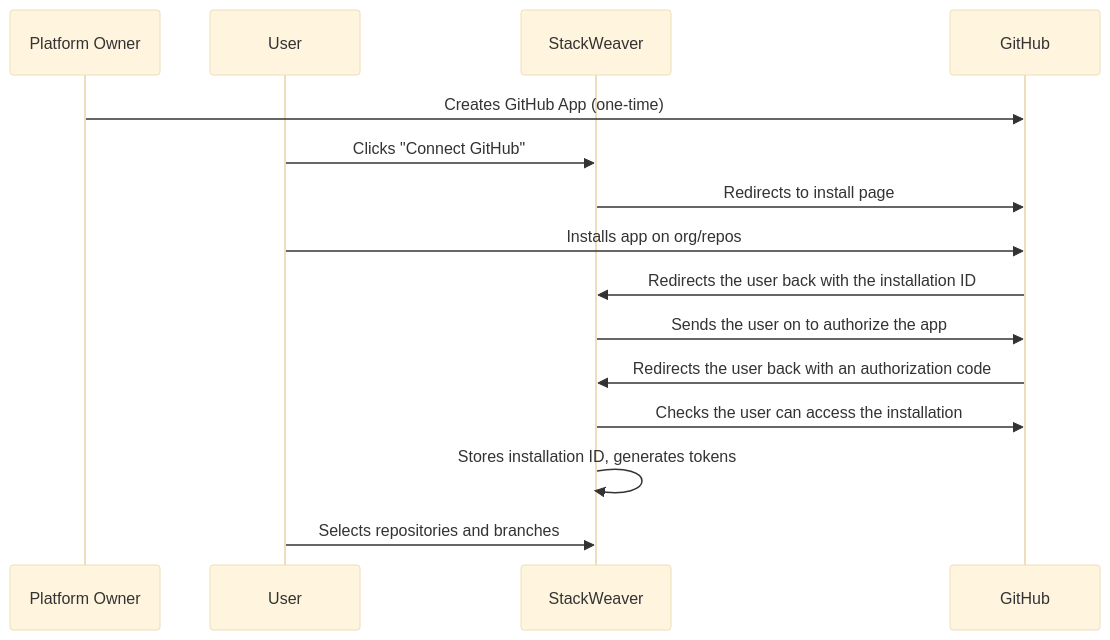
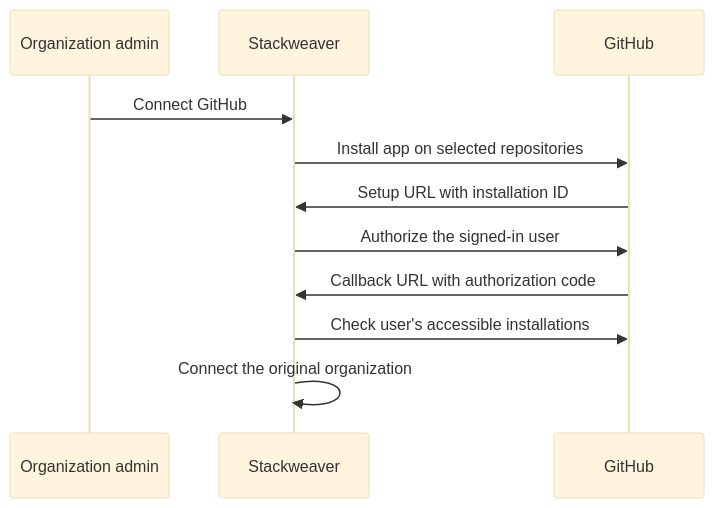
The diagram in docs/user-guides/vcs/github-app.md (vhco-pro/stackweaver-frontend), drawn with Mermaid (base theme) before and after one commit. The commit also changed other lines of this file and 168 other files, not shown here.

````diff
--- a/docs/user-guides/vcs/github-app.md
+++ b/docs/user-guides/vcs/github-app.md
@@ -17,18 +233,13 @@
 ```mermaid
 sequenceDiagram
-    participant Owner as Platform Owner
-    participant User
-    participant SW as StackWeaver
+    participant Admin as Organization admin
+    participant SW as Stackweaver
     participant GH as GitHub
-
-    Owner->>GH: Creates GitHub App (one-time)
-    User->>SW: Clicks "Connect GitHub"
-    SW->>GH: Redirects to install page
-    User->>GH: Installs app on org/repos
-    GH->>SW: Redirects the user back with the installation ID
-    SW->>GH: Sends the user on to authorize the app
-    GH->>SW: Redirects the user back with an authorization code
-    SW->>GH: Checks the user can access the installation
-    SW->>SW: Stores installation ID, generates tokens
-    User->>SW: Selects repositories and branches
+    Admin->>SW: Connect GitHub
+    SW->>GH: Install app on selected repositories
+    GH->>SW: Setup URL with installation ID
+    SW->>GH: Authorize the signed-in user
+    GH->>SW: Callback URL with authorization code
+    SW->>GH: Check user's accessible installations
+    SW->>SW: Connect the original organization
 ```
````
